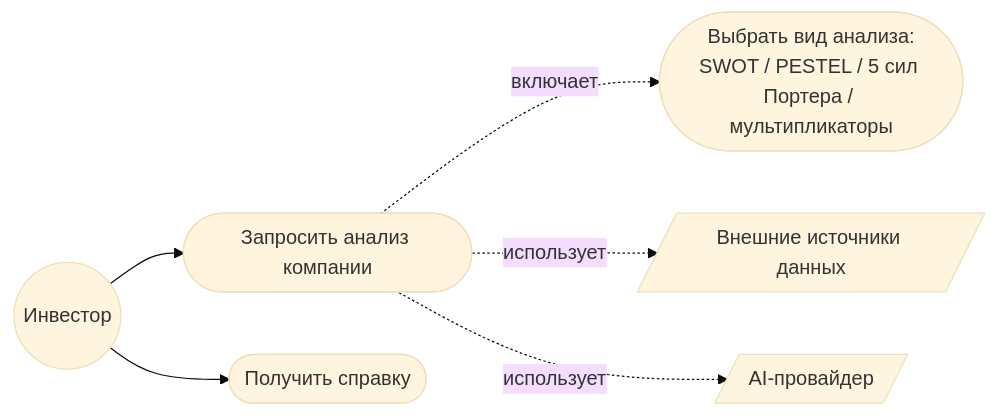
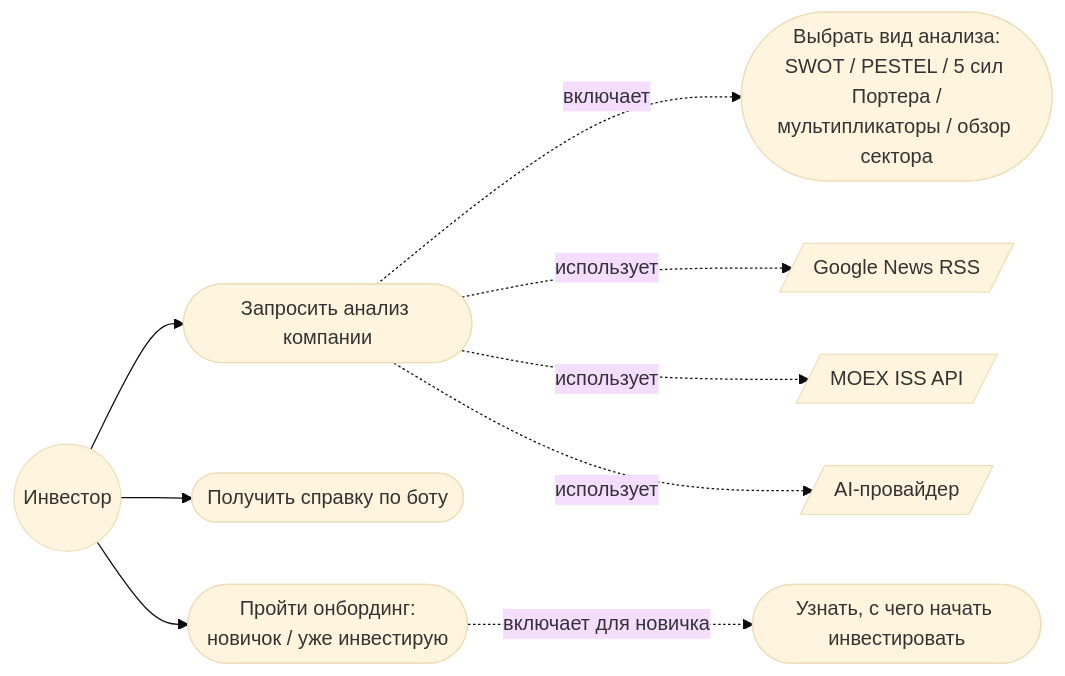
Before and after one commit to keshtoim/analysis_for_invest_bot: the fifth of 5 diagrams in README.md, drawn with Mermaid (base theme). The commit also changed other lines of this file, not shown here.

````diff
--- a/README.md
+++ b/README.md
@@ -205,16 +226,22 @@
 ```mermaid
 flowchart LR
     Investor((Инвестор))
-    News[/Внешние источники данных/]
+    News[/Google News RSS/]
+    Moex[/MOEX ISS API/]
     AIExt[/AI-провайдер/]
 
     UC1([Запросить анализ компании])
-    UC2([Выбрать вид анализа:<br/>SWOT / PESTEL / 5 сил Портера / мультипликаторы])
-    UC3([Получить справку])
+    UC2([Выбрать вид анализа:<br/>SWOT / PESTEL / 5 сил Портера /<br/>мультипликаторы / обзор сектора])
+    UC3([Получить справку по боту])
+    UC4([Пройти онбординг:<br/>новичок / уже инвестирую])
+    UC5([Узнать, с чего начать инвестировать])
 
     Investor --> UC1
     Investor --> UC3
+    Investor --> UC4
+    UC4 -.включает для новичка.-> UC5
     UC1 -.включает.-> UC2
     UC1 -.использует.-> News
+    UC1 -.использует.-> Moex
     UC1 -.использует.-> AIExt
 ```
````
